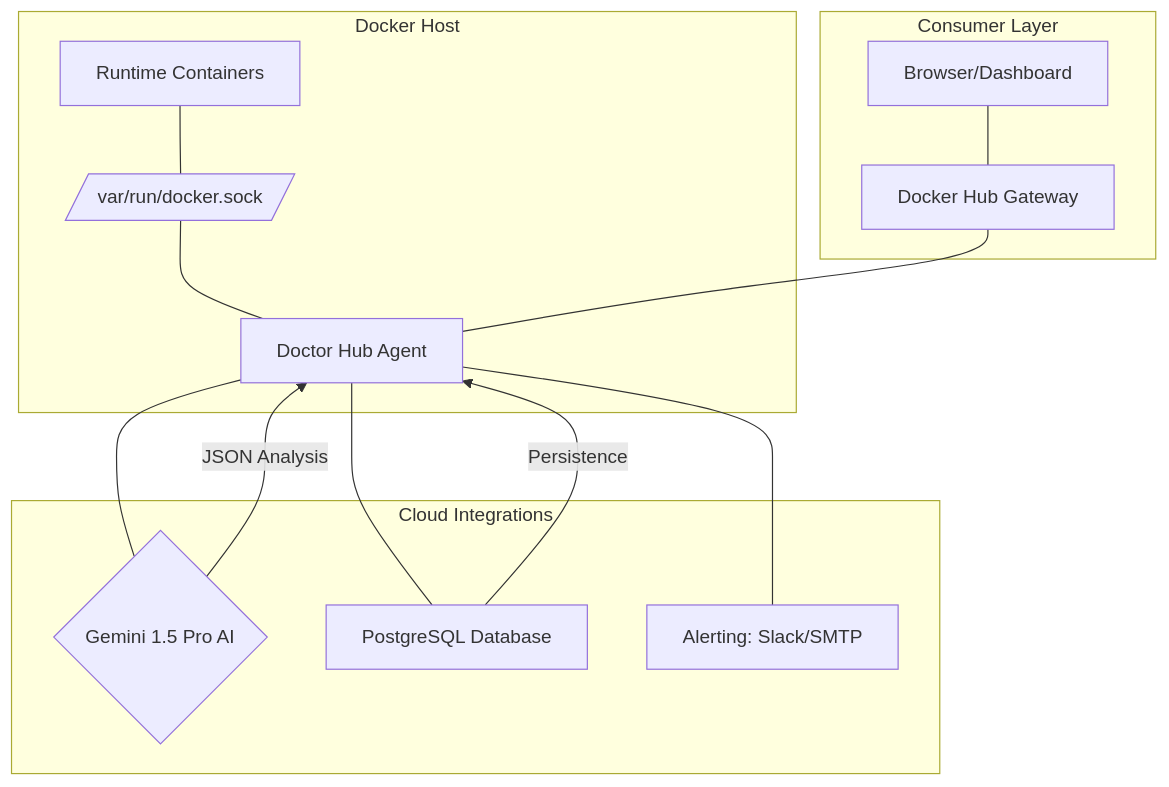
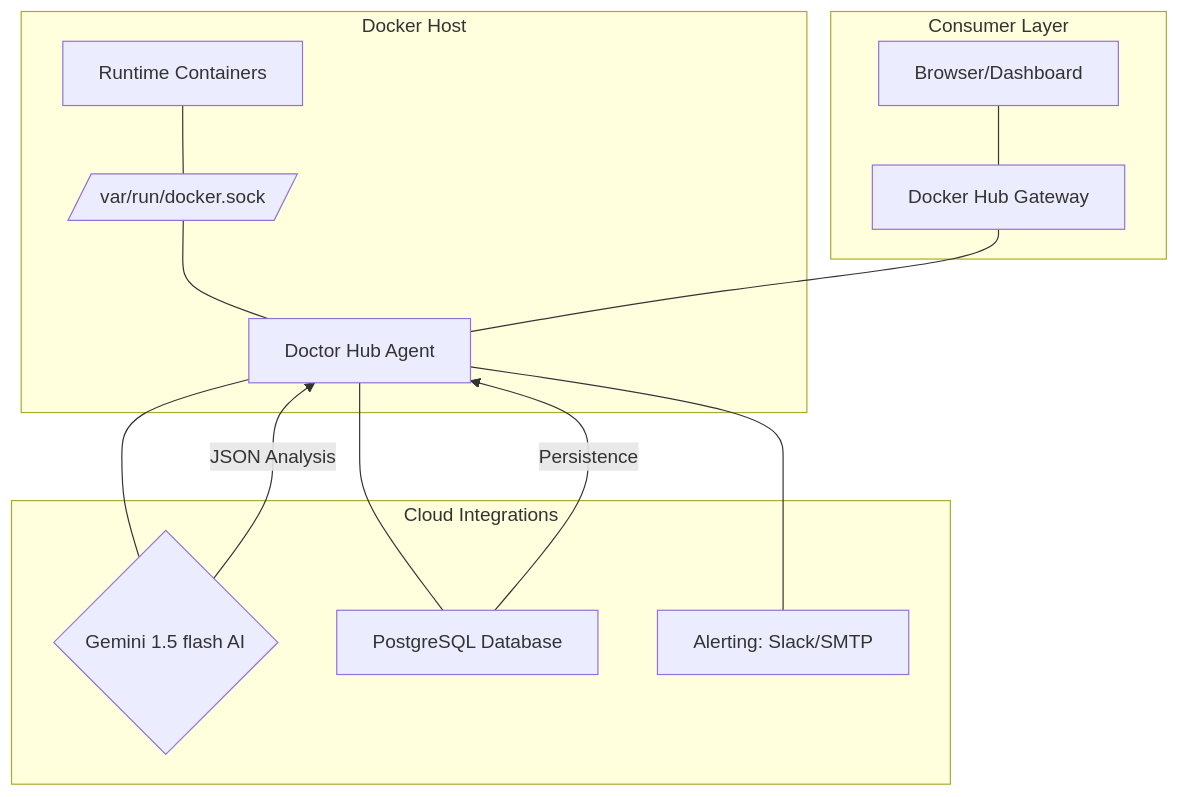
The diagram in README.md (TulsiDubey/container_doctor), drawn with Mermaid before and after one commit. The commit also changed other lines of this file, not shown here.

Commit message:
readme updated

````diff
--- a/README.md
+++ b/README.md
@@ -12,21 +12,21 @@
 ```mermaid
 graph TD
     subgraph "Docker Host"
         A[Runtime Containers] --- B[/var/run/docker.sock/]
         B --- C[Doctor Hub Agent]
     end
 
     subgraph "Cloud Integrations"
-        C --- D{Gemini 1.5 Pro AI}
+        C --- D{Gemini 1.5 flash AI}
         C --- E[PostgreSQL Database]
         C --- F[Alerting: Slack/SMTP]
     end
 
     subgraph "Consumer Layer"
         G[Browser/Dashboard] --- H[Docker Hub Gateway]
         H --- C
     end
 
     D -- "JSON Analysis" --> C
     E -- "Persistence" --> C
 ```
````
